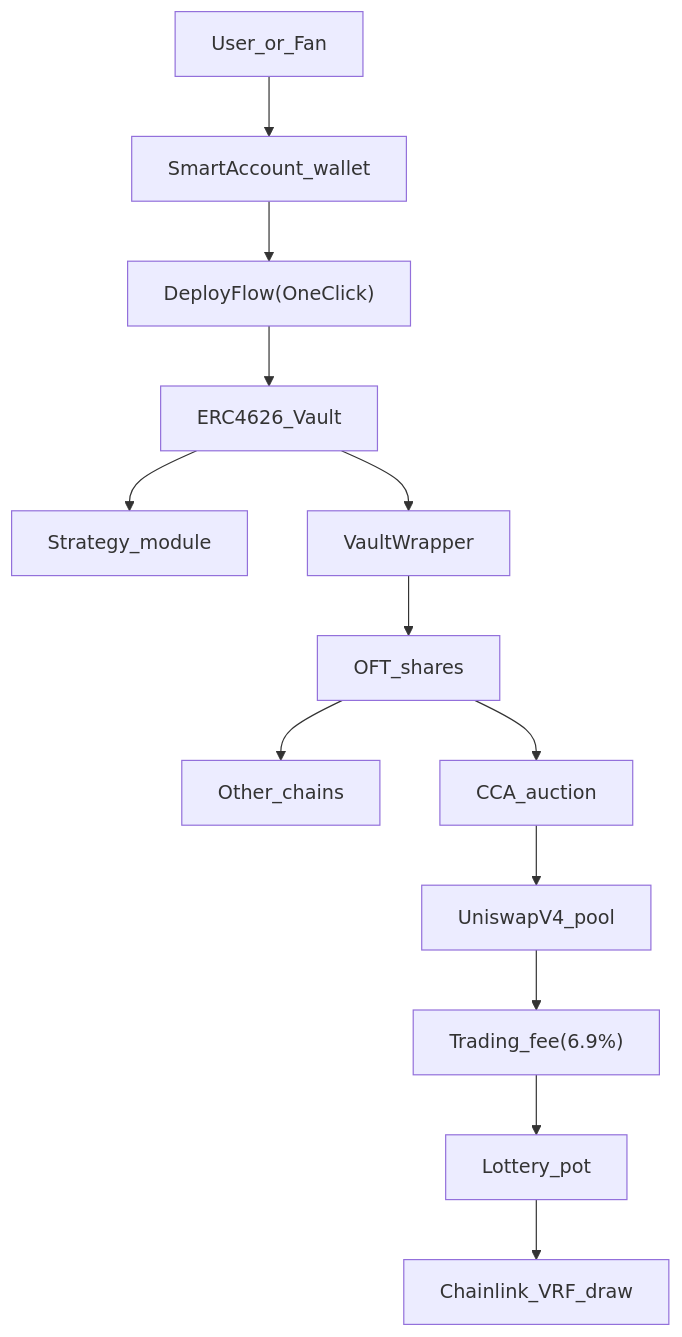
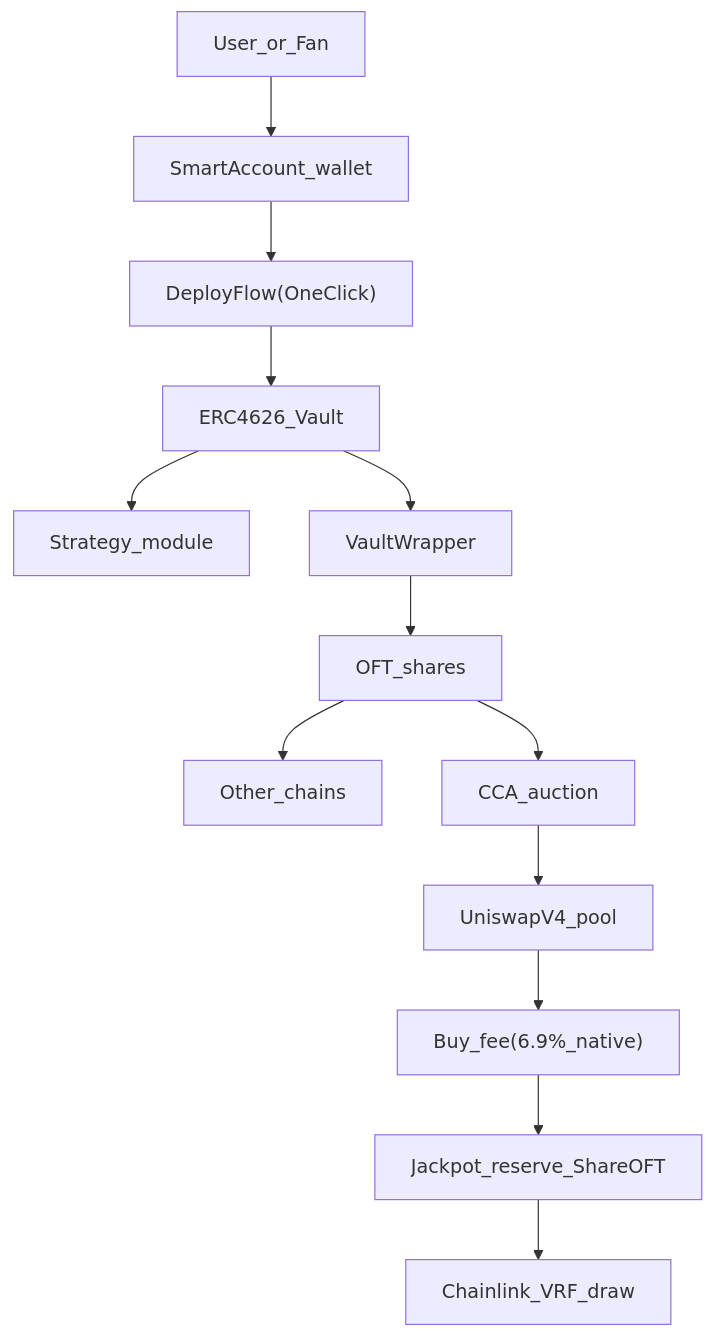
Before and after one commit to 4626fun/4626: the diagram in docs/compressions/index.md, drawn with Mermaid. The commit also changed other lines of this file and 17 other files, not shown here.

````diff
--- a/docs/compressions/index.md
+++ b/docs/compressions/index.md
@@ -25,15 +25,15 @@
 ```mermaid
 flowchart TD
   UserOrFan["User_or_Fan"] --> SmartAccount["SmartAccount_wallet"]
   SmartAccount --> DeployFlow["DeployFlow(OneClick)"]
   DeployFlow --> Vault["ERC4626_Vault"]
   Vault --> StrategyModule["Strategy_module"]
   Vault --> Wrapper["VaultWrapper"]
   Wrapper --> OFTShares["OFT_shares"]
   OFTShares --> OtherChains["Other_chains"]
   OFTShares --> CCA["CCA_auction"]
   CCA --> V4Pool["UniswapV4_pool"]
-  V4Pool --> Fee["Trading_fee(6.9%)"]
-  Fee --> LotteryPot["Lottery_pot"]
+  V4Pool --> Fee["Buy_fee(6.9%_native)"]
+  Fee --> LotteryPot["Jackpot_reserve_ShareOFT"]
   LotteryPot --> VRF["Chainlink_VRF_draw"]
 ```
````
